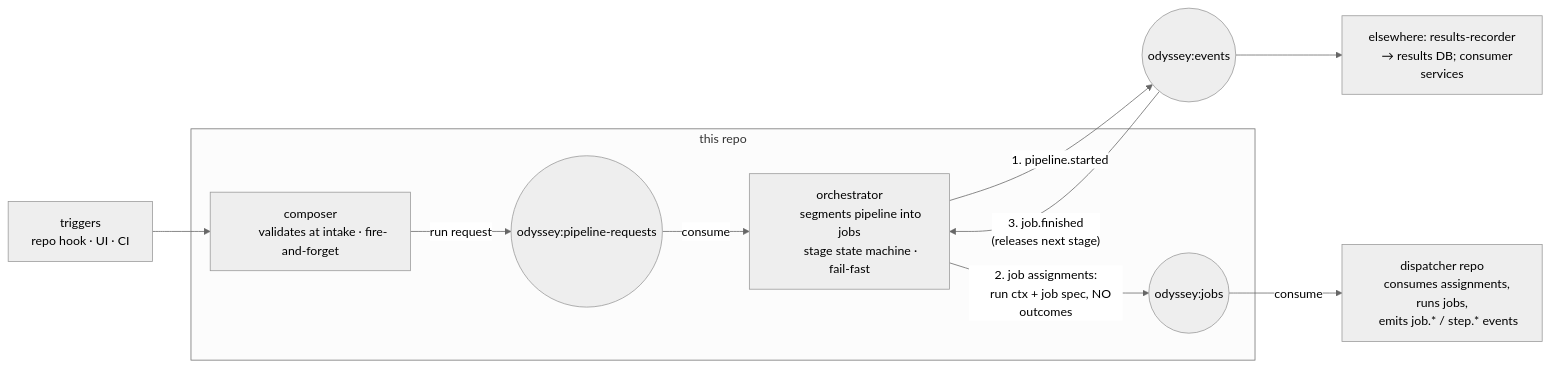
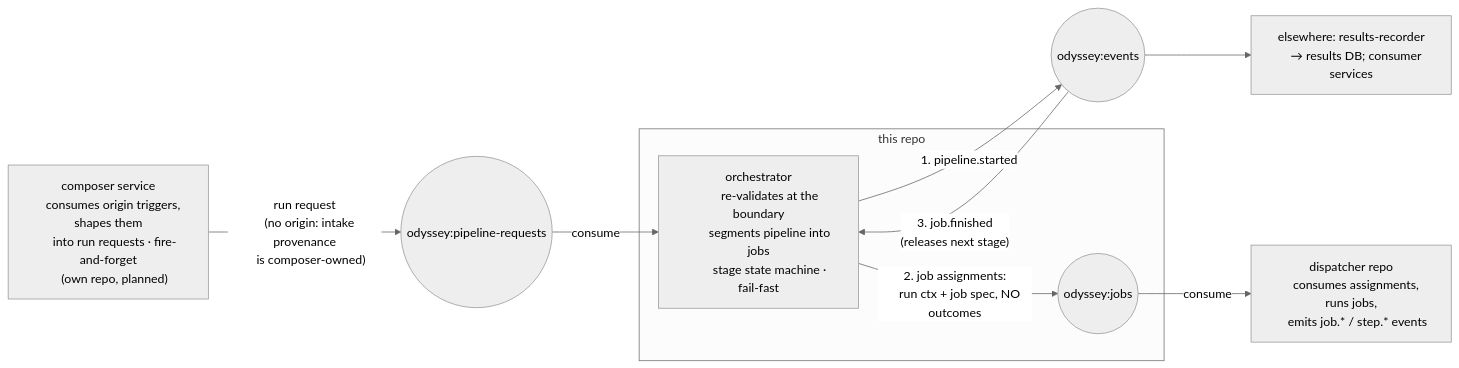
One commit to odyssey-ci-cd-platform/odyssey-core-orchestrator changed the diagram in README.md. Above: the diagram before and after it, drawn with Mermaid (neutral theme). The commit also changed other lines of this file and 6 other files, not shown here.

Commit message:
gh-9: orchestrator is origin-blind; composer becomes a separate service

````diff
--- a/README.md
+++ b/README.md
@@ -14,32 +15,34 @@
 ```mermaid
 flowchart LR
     subgraph repo["this repo"]
-        composer["composer
-        validates at intake · fire-and-forget"]
         orch["orchestrator
+        re-validates at the boundary
         segments pipeline into jobs
         stage state machine · fail-fast"]
-        pq(("odyssey:pipeline-requests"))
         jq(("odyssey:jobs"))
     end
 
-    origins["triggers
-    repo hook · UI · CI"]
+    composer["composer service
+    consumes origin triggers, shapes them
+    into run requests · fire-and-forget
+    (own repo, planned)"]
+    pq(("odyssey:pipeline-requests"))
     dispatch["dispatcher repo
     consumes assignments, runs jobs,
     emits job.* / step.* events"]
     bus(("odyssey:events"))
     downstream["elsewhere: results-recorder
     → results DB; consumer services"]
 
-    origins --> composer
-    composer -- "run request" --> pq
+    composer -- "run request
+    (no origin: intake provenance
+    is composer-owned)" --> pq
     pq -- "consume" --> orch
     orch -- "1. pipeline.started" --> bus
     orch -- "2. job assignments:
     run ctx + job spec, NO outcomes" --> jq
     jq -- "consume" --> dispatch
     bus -- "3. job.finished
     (releases next stage)" --> orch
     bus --> downstream
 ```
````
